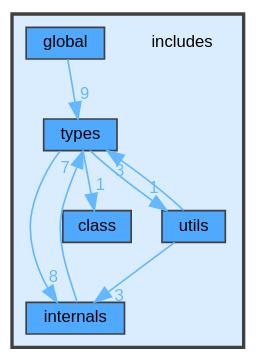
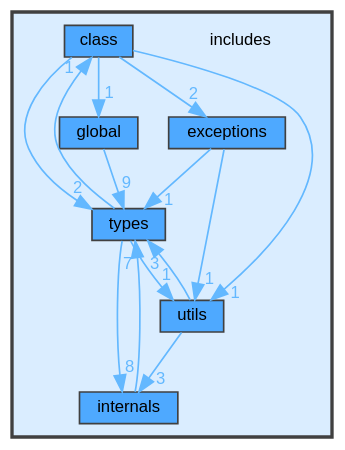
One commit to JS-CMP/JS-CMP changed the diagram in dir_09e761304027c904456130627fd4dcf5_dep.dot. Above: the diagram before and after it, drawn with Graphviz. The commit also changed 269 other files, not shown here.

```diff
--- a/dir_09e761304027c904456130627fd4dcf5_dep.dot
+++ b/dir_09e761304027c904456130627fd4dcf5_dep.dot
@@ -1,24 +1,31 @@
 digraph "includes"
 {
  // LATEX_PDF_SIZE
   bgcolor="transparent";
   edge [fontname=Helvetica,fontsize=10,labelfontname=Helvetica,labelfontsize=10];
   node [fontname=Helvetica,fontsize=10,shape=box,height=0.2,width=0.4];
   compound=true
   subgraph clusterdir_09e761304027c904456130627fd4dcf5 {
     graph [ bgcolor="#daedff", pencolor="grey25", label="", fontname=Helvetica,fontsize=10 style="filled,bold", URL="dir_09e761304027c904456130627fd4dcf5.html",tooltip=""]
     dir_09e761304027c904456130627fd4dcf5 [shape=plaintext, label="includes"];
   dir_6b079f5d9ee168c5f829c0b23b1fe689 [label="class", fillcolor="#4ea9ff", color="grey25", style="filled", URL="dir_6b079f5d9ee168c5f829c0b23b1fe689.html",tooltip=""];
+  dir_9d0d0bf2421cb00cd559b1154d8640b0 [label="exceptions", fillcolor="#4ea9ff", color="grey25", style="filled", URL="dir_9d0d0bf2421cb00cd559b1154d8640b0.html",tooltip=""];
   dir_ab3240e1f48e07e7724fe257c5d3746b [label="global", fillcolor="#4ea9ff", color="grey25", style="filled", URL="dir_ab3240e1f48e07e7724fe257c5d3746b.html",tooltip=""];
   dir_a9d9b9bbf15479e3064110165d860e33 [label="internals", fillcolor="#4ea9ff", color="grey25", style="filled", URL="dir_a9d9b9bbf15479e3064110165d860e33.html",tooltip=""];
   dir_00373071588607d1d83d0faa600e52a0 [label="types", fillcolor="#4ea9ff", color="grey25", style="filled", URL="dir_00373071588607d1d83d0faa600e52a0.html",tooltip=""];
   dir_3f8feeb2fa3bd0d1b751b257ed9f12a2 [label="utils", fillcolor="#4ea9ff", color="grey25", style="filled", URL="dir_3f8feeb2fa3bd0d1b751b257ed9f12a2.html",tooltip=""];
   }
-  dir_ab3240e1f48e07e7724fe257c5d3746b->dir_00373071588607d1d83d0faa600e52a0 [headlabel="9", labeldistance=1.5 headhref="dir_000007_000026.html" href="dir_000007_000026.html" color="steelblue1" fontcolor="steelblue1"];
-  dir_a9d9b9bbf15479e3064110165d860e33->dir_00373071588607d1d83d0faa600e52a0 [headlabel="7", labeldistance=1.5 headhref="dir_000010_000026.html" href="dir_000010_000026.html" color="steelblue1" fontcolor="steelblue1"];
-  dir_00373071588607d1d83d0faa600e52a0->dir_3f8feeb2fa3bd0d1b751b257ed9f12a2 [headlabel="1", labeldistance=1.5 headhref="dir_000026_000030.html" href="dir_000026_000030.html" color="steelblue1" fontcolor="steelblue1"];
-  dir_00373071588607d1d83d0faa600e52a0->dir_6b079f5d9ee168c5f829c0b23b1fe689 [headlabel="1", labeldistance=1.5 headhref="dir_000026_000003.html" href="dir_000026_000003.html" color="steelblue1" fontcolor="steelblue1"];
-  dir_00373071588607d1d83d0faa600e52a0->dir_a9d9b9bbf15479e3064110165d860e33 [headlabel="8", labeldistance=1.5 headhref="dir_000026_000010.html" href="dir_000026_000010.html" color="steelblue1" fontcolor="steelblue1"];
-  dir_3f8feeb2fa3bd0d1b751b257ed9f12a2->dir_00373071588607d1d83d0faa600e52a0 [headlabel="3", labeldistance=1.5 headhref="dir_000030_000026.html" href="dir_000030_000026.html" color="steelblue1" fontcolor="steelblue1"];
-  dir_3f8feeb2fa3bd0d1b751b257ed9f12a2->dir_a9d9b9bbf15479e3064110165d860e33 [headlabel="3", labeldistance=1.5 headhref="dir_000030_000010.html" href="dir_000030_000010.html" color="steelblue1" fontcolor="steelblue1"];
+  dir_6b079f5d9ee168c5f829c0b23b1fe689->dir_00373071588607d1d83d0faa600e52a0 [headlabel="2", labeldistance=1.5 headhref="dir_000005_000029.html" href="dir_000005_000029.html" color="steelblue1" fontcolor="steelblue1"];
+  dir_6b079f5d9ee168c5f829c0b23b1fe689->dir_3f8feeb2fa3bd0d1b751b257ed9f12a2 [headlabel="1", labeldistance=1.5 headhref="dir_000005_000033.html" href="dir_000005_000033.html" color="steelblue1" fontcolor="steelblue1"];
+  dir_6b079f5d9ee168c5f829c0b23b1fe689->dir_9d0d0bf2421cb00cd559b1154d8640b0 [headlabel="2", labeldistance=1.5 headhref="dir_000005_000008.html" href="dir_000005_000008.html" color="steelblue1" fontcolor="steelblue1"];
+  dir_6b079f5d9ee168c5f829c0b23b1fe689->dir_ab3240e1f48e07e7724fe257c5d3746b [headlabel="1", labeldistance=1.5 headhref="dir_000005_000010.html" href="dir_000005_000010.html" color="steelblue1" fontcolor="steelblue1"];
+  dir_9d0d0bf2421cb00cd559b1154d8640b0->dir_00373071588607d1d83d0faa600e52a0 [headlabel="1", labeldistance=1.5 headhref="dir_000008_000029.html" href="dir_000008_000029.html" color="steelblue1" fontcolor="steelblue1"];
+  dir_9d0d0bf2421cb00cd559b1154d8640b0->dir_3f8feeb2fa3bd0d1b751b257ed9f12a2 [headlabel="1", labeldistance=1.5 headhref="dir_000008_000033.html" href="dir_000008_000033.html" color="steelblue1" fontcolor="steelblue1"];
+  dir_ab3240e1f48e07e7724fe257c5d3746b->dir_00373071588607d1d83d0faa600e52a0 [headlabel="9", labeldistance=1.5 headhref="dir_000010_000029.html" href="dir_000010_000029.html" color="steelblue1" fontcolor="steelblue1"];
+  dir_a9d9b9bbf15479e3064110165d860e33->dir_00373071588607d1d83d0faa600e52a0 [headlabel="7", labeldistance=1.5 headhref="dir_000013_000029.html" href="dir_000013_000029.html" color="steelblue1" fontcolor="steelblue1"];
+  dir_00373071588607d1d83d0faa600e52a0->dir_3f8feeb2fa3bd0d1b751b257ed9f12a2 [headlabel="1", labeldistance=1.5 headhref="dir_000029_000033.html" href="dir_000029_000033.html" color="steelblue1" fontcolor="steelblue1"];
+  dir_00373071588607d1d83d0faa600e52a0->dir_6b079f5d9ee168c5f829c0b23b1fe689 [headlabel="1", labeldistance=1.5 headhref="dir_000029_000005.html" href="dir_000029_000005.html" color="steelblue1" fontcolor="steelblue1"];
+  dir_00373071588607d1d83d0faa600e52a0->dir_a9d9b9bbf15479e3064110165d860e33 [headlabel="8", labeldistance=1.5 headhref="dir_000029_000013.html" href="dir_000029_000013.html" color="steelblue1" fontcolor="steelblue1"];
+  dir_3f8feeb2fa3bd0d1b751b257ed9f12a2->dir_00373071588607d1d83d0faa600e52a0 [headlabel="3", labeldistance=1.5 headhref="dir_000033_000029.html" href="dir_000033_000029.html" color="steelblue1" fontcolor="steelblue1"];
+  dir_3f8feeb2fa3bd0d1b751b257ed9f12a2->dir_a9d9b9bbf15479e3064110165d860e33 [headlabel="3", labeldistance=1.5 headhref="dir_000033_000013.html" href="dir_000033_000013.html" color="steelblue1" fontcolor="steelblue1"];
 }
```
